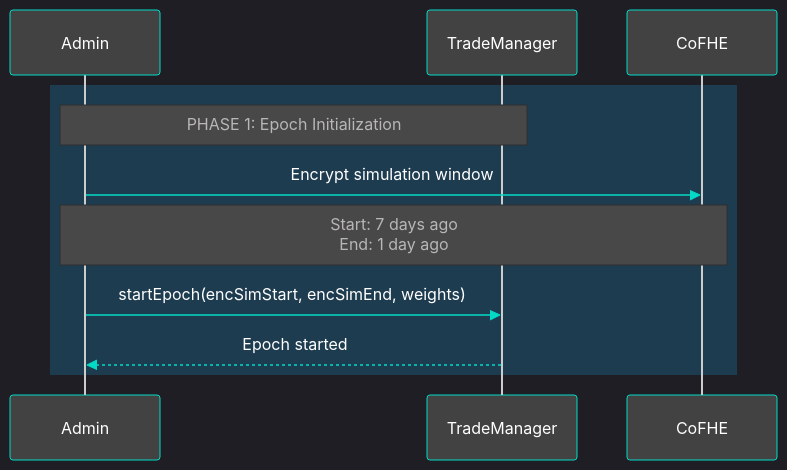
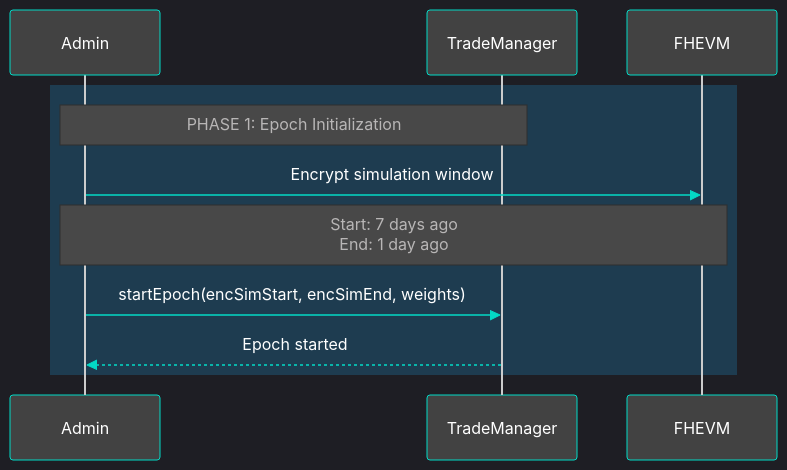
One commit to Nilay27/UNIVersalPrivacyHook changed the third of 7 diagrams in README.md. Above: the diagram before and after it, drawn with Mermaid. The commit also changed other lines of this file, not shown here.

````diff
--- a/README.md
+++ b/README.md
@@ -248,15 +248,15 @@
 ```mermaid
 %%{init: {'theme':'dark', 'themeVariables': { 'primaryColor':'#03dac6', 'primaryTextColor':'#fff', 'primaryBorderColor':'#00a896', 'lineColor':'#03dac6', 'secondaryColor':'#bb86fc', 'tertiaryColor':'#3700b3', 'background':'#121212', 'mainBkg':'#1f1f1f', 'secondBkg':'#2d2d2d', 'labelBackground':'#2d2d2d', 'actorBkg':'#424242', 'actorBorder':'#03dac6', 'actorTextColor':'#fff', 'signalColor':'#03dac6', 'signalTextColor':'#fff'}}}%%
 sequenceDiagram
     participant Admin
     participant TradeManager
-    participant CoFHE
+    participant FHEVM
 
     rect rgb(30, 60, 80)
         Note over Admin,TradeManager: PHASE 1: Epoch Initialization
-        Admin->>CoFHE: Encrypt simulation window
-        Note over Admin,CoFHE: Start: 7 days ago<br/>End: 1 day ago
+        Admin->>FHEVM: Encrypt simulation window
+        Note over Admin,FHEVM: Start: 7 days ago<br/>End: 1 day ago
         Admin->>TradeManager: startEpoch(encSimStart, encSimEnd, weights)
         TradeManager-->>Admin: Epoch started
     end
 ```
````
